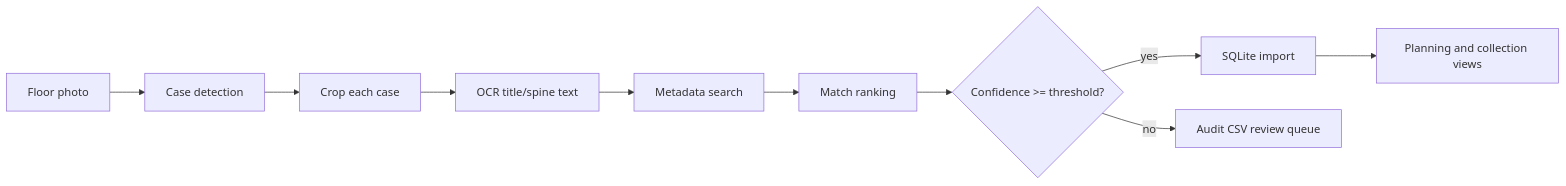
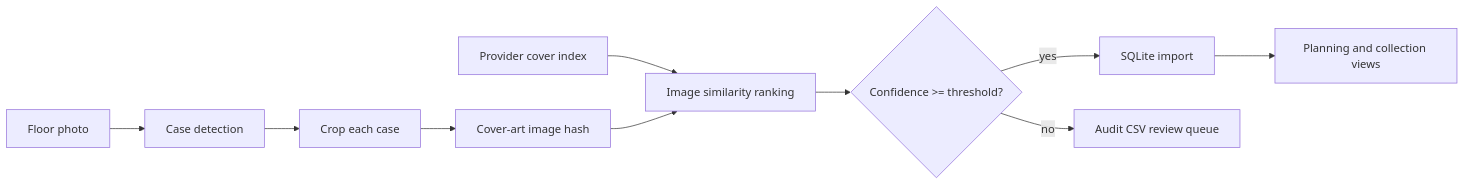
Before and after one commit to connectjeff/game-collection: the diagram in docs/architecture.md, drawn with Mermaid. The commit also changed other lines of this file and 10 other files, not shown here.

Commit message:
Replace OCR ingest with cover art matching

````diff
--- a/docs/architecture.md
+++ b/docs/architecture.md
@@ -18,12 +18,12 @@
 ```mermaid
 flowchart LR
     A["Floor photo"] --> B["Case detection"]
     B --> C["Crop each case"]
-    C --> D["OCR title/spine text"]
-    D --> E["Metadata search"]
-    E --> F["Match ranking"]
+    C --> D["Cover-art image hash"]
+    K["Provider cover index"] --> F["Image similarity ranking"]
+    D --> F
     F --> G{"Confidence >= threshold?"}
     G -->|yes| H["SQLite import"]
     G -->|no| I["Audit CSV review queue"]
     H --> J["Planning and collection views"]
 ```
````
